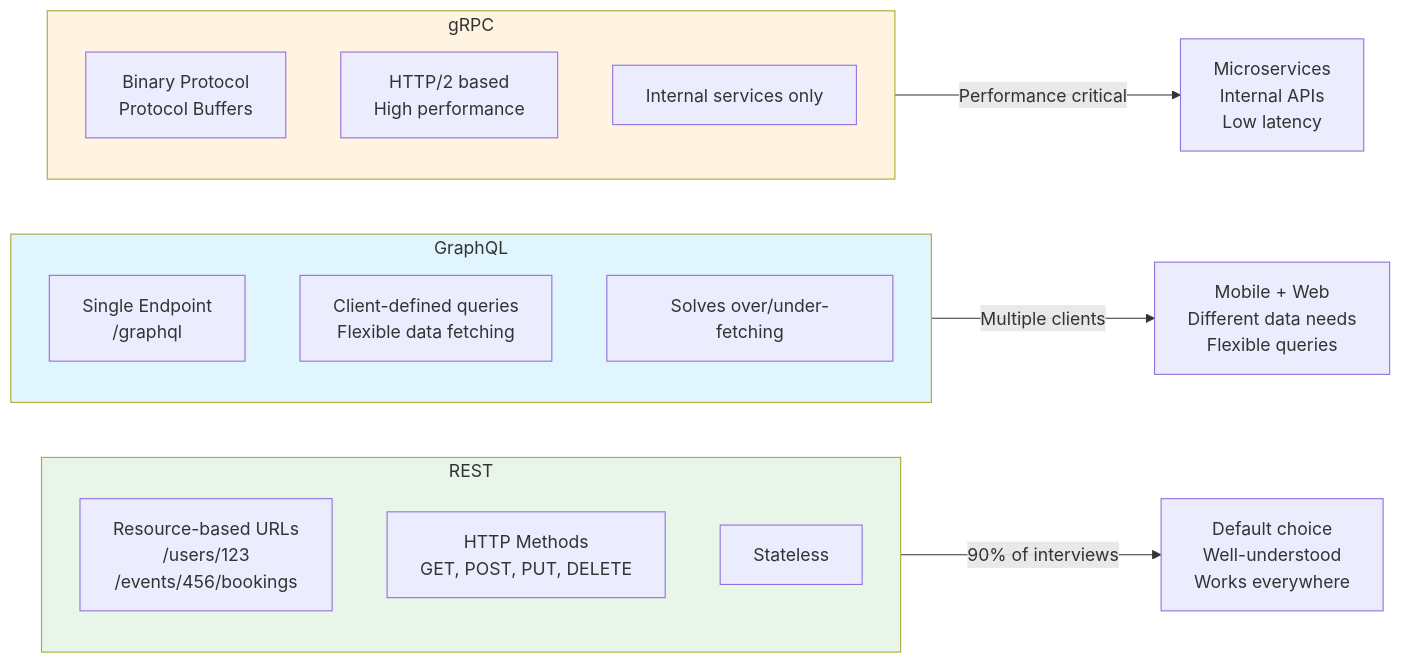
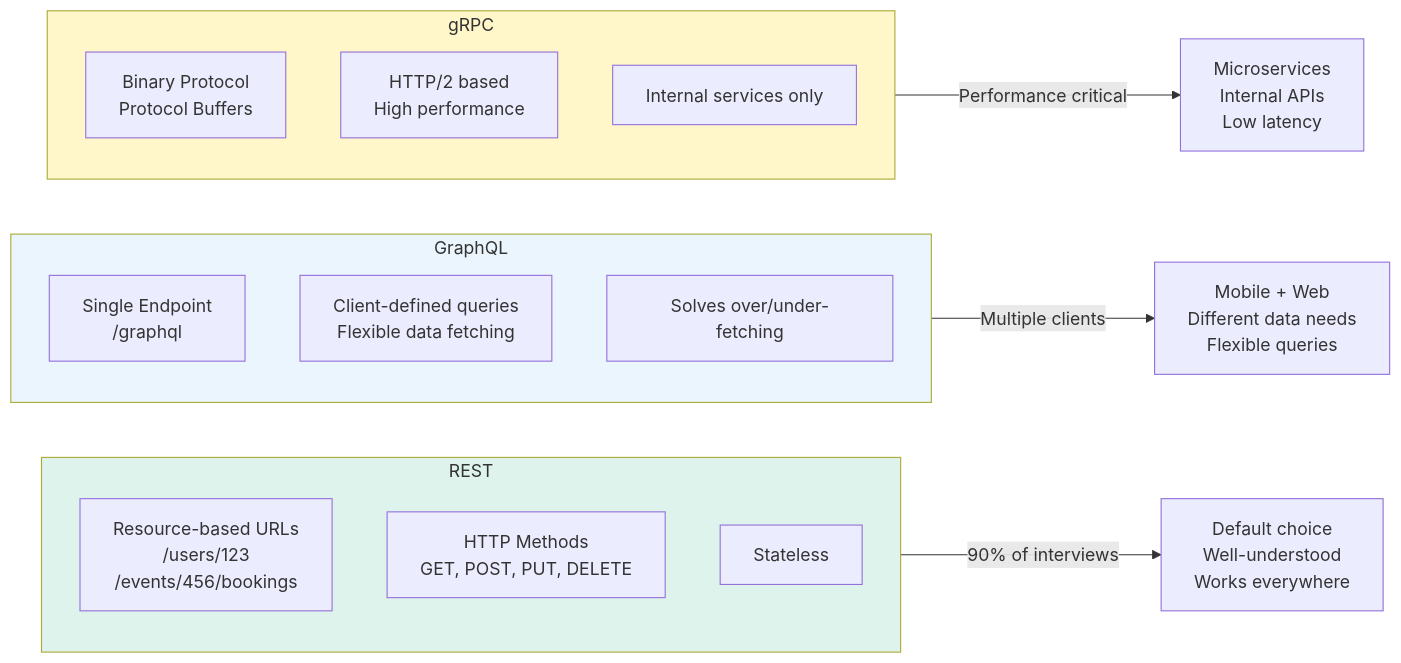
Before and after one commit to cartmancodes/InterviewVault: the second of 34 diagrams in LLD/CoreConcepts/CoreConcepts.md, drawn with Mermaid. The commit also changed other lines of this file and 679 other files, not shown here.

Commit message:
Unify content diagrams and add accessible visual walkthroughs

````diff
--- a/LLD/CoreConcepts/CoreConcepts.md
+++ b/LLD/CoreConcepts/CoreConcepts.md
@@ -121,28 +121,28 @@
 ```mermaid
 graph LR
     subgraph "REST"
         R1[Resource-based URLs<br/>/users/123<br/>/events/456/bookings]
         R2[HTTP Methods<br/>GET, POST, PUT, DELETE]
         R3[Stateless]
     end
     
     subgraph "GraphQL"
         G1[Single Endpoint<br/>/graphql]
         G2[Client-defined queries<br/>Flexible data fetching]
         G3[Solves over/under-fetching]
     end
     
     subgraph "gRPC"
         GP1[Binary Protocol<br/>Protocol Buffers]
         GP2[HTTP/2 based<br/>High performance]
         GP3[Internal services only]
     end
     
     REST -->|90% of interviews| USE1[Default choice<br/>Well-understood<br/>Works everywhere]
     GraphQL -->|Multiple clients| USE2[Mobile + Web<br/>Different data needs<br/>Flexible queries]
     gRPC -->|Performance critical| USE3[Microservices<br/>Internal APIs<br/>Low latency]
     
-    style REST fill:#e8f5e9
-    style GraphQL fill:#e1f5ff
-    style gRPC fill:#fff4e1
+    style REST fill:#DDF3EC
+    style GraphQL fill:#EAF5FD
+    style gRPC fill:#FFF6C9
 ```
````
